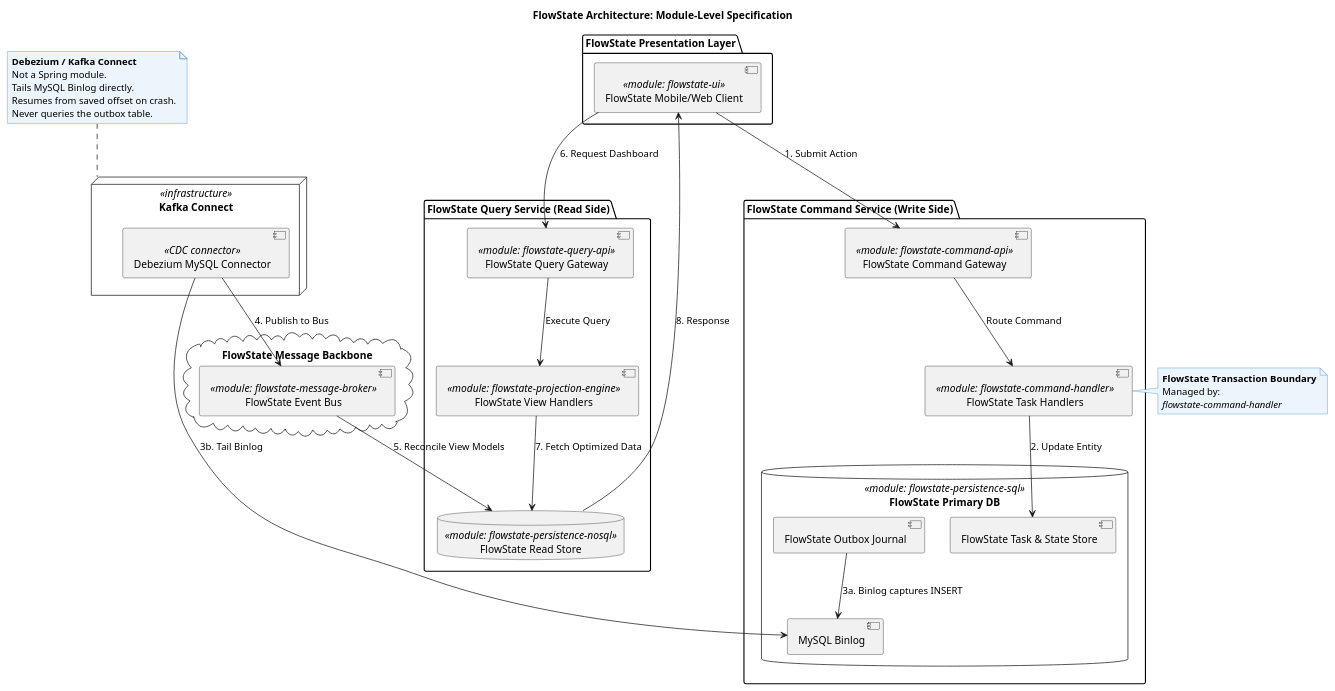
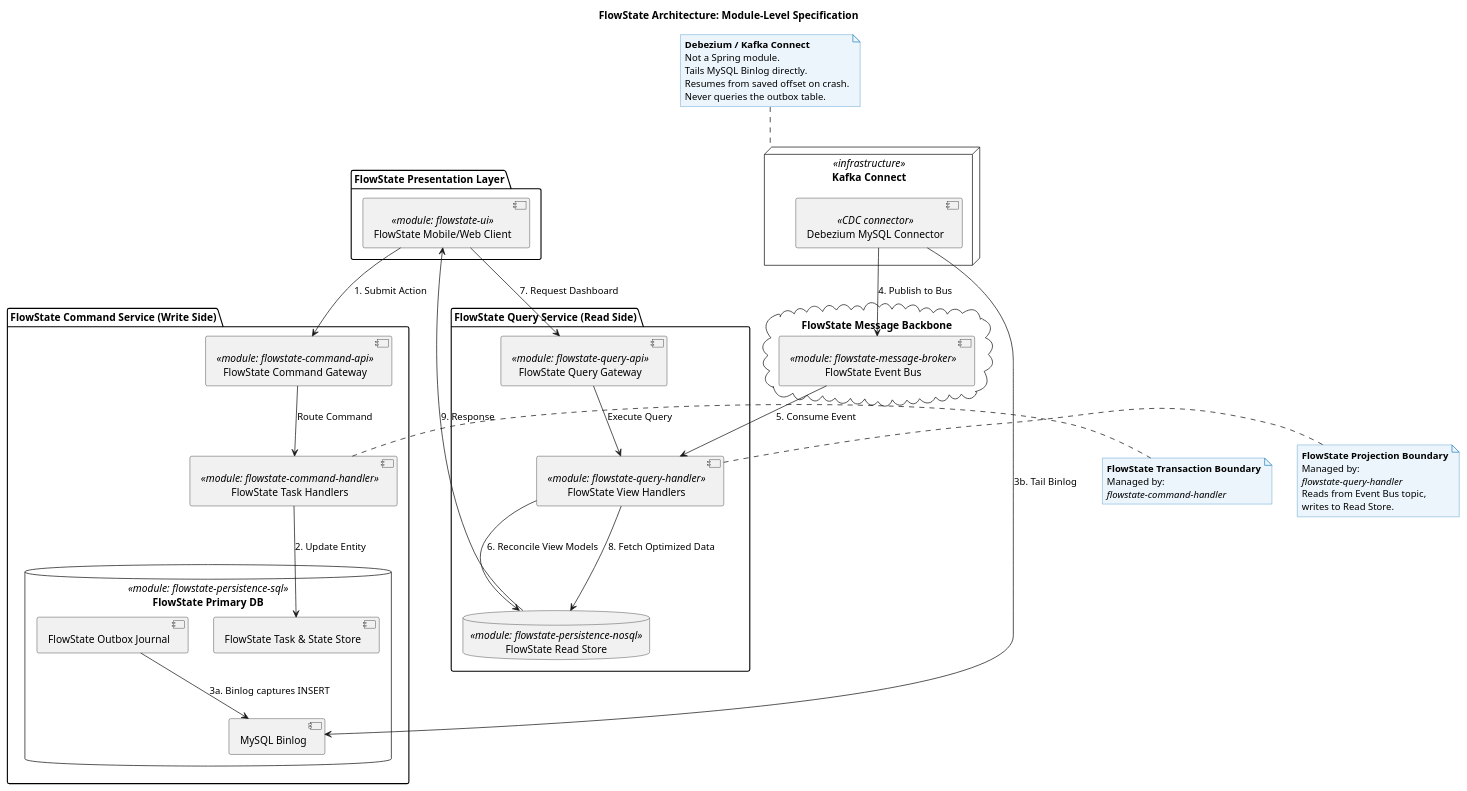
One commit to drodriguezlopez/flowstate changed the diagram in doc/technical/diagrams/arquitectura-cdc.puml. Above: the diagram before and after it, drawn with PlantUML.

Commit message:
Update FlowState architecture diagram to reflect query handler changes and adjust event flow

```diff
--- a/doc/technical/diagrams/arquitectura-cdc.puml
+++ b/doc/technical/diagrams/arquitectura-cdc.puml
@@ -1,72 +1,81 @@
 @startuml
 skinparam componentStyle uml2
 skinparam backgroundColor #FFFFFF
 skinparam NoteBackgroundColor #EBF5FB
 skinparam NoteBorderColor #2E86C1
 
 title FlowState Architecture: Module-Level Specification
 
 package "FlowState Presentation Layer" {
   [FlowState Mobile/Web Client] <<module: flowstate-ui>> as client
 }
 
 package "FlowState Command Service (Write Side)" {
   [FlowState Command Gateway] <<module: flowstate-command-api>> as cmdGateway
   [FlowState Task Handlers] <<module: flowstate-command-handler>> as cmdHandlers
 
   database "FlowState Primary DB" <<module: flowstate-persistence-sql>> as writeDB {
     [FlowState Task & State Store] as states
     [FlowState Outbox Journal] as outbox
     [MySQL Binlog] as binlog
   }
 }
 
 package "FlowState Query Service (Read Side)" {
   [FlowState Query Gateway] <<module: flowstate-query-api>> as queryGateway
-  [FlowState View Handlers] <<module: flowstate-projection-engine>> as queryHandlers
+  [FlowState View Handlers] <<module: flowstate-query-handler>> as queryHandlers
   database "FlowState Read Store" <<module: flowstate-persistence-nosql>> as readDB
 }
 
 cloud "FlowState Message Backbone" {
   [FlowState Event Bus] <<module: flowstate-message-broker>> as eventBus
 }
 
 node "Kafka Connect" <<infrastructure>> {
   [Debezium MySQL Connector] <<CDC connector>> as debezium
 }
 
 ' --- FlowState Write Pipeline ---
 client --> cmdGateway : 1. Submit Action
 cmdGateway --> cmdHandlers : Route Command
 
 note right of cmdHandlers
   **FlowState Transaction Boundary**
   Managed by:
   //flowstate-command-handler//
 end note
 
 cmdHandlers --> states : 2. Update Entity
 
 ' --- FlowState Relay Mechanism (Log-based CDC) ---
 outbox --> binlog : 3a. Binlog captures INSERT
 debezium --> binlog : 3b. Tail Binlog
 
 note top of "Kafka Connect"
   **Debezium / Kafka Connect**
   Not a Spring module.
   Tails MySQL Binlog directly.
   Resumes from saved offset on crash.
   Never queries the outbox table.
 end note
 
 debezium --> eventBus : 4. Publish to Bus
 
 ' --- FlowState Synchronization ---
-eventBus --> readDB : 5. Reconcile View Models
+eventBus --> queryHandlers : 5. Consume Event
+queryHandlers --> readDB : 6. Reconcile View Models
+
+note right of queryHandlers
+  **FlowState Projection Boundary**
+  Managed by:
+  //flowstate-query-handler//
+  Reads from Event Bus topic,
+  writes to Read Store.
+end note
 
 ' --- FlowState Read Pipeline ---
-client --> queryGateway : 6. Request Dashboard
+client --> queryGateway : 7. Request Dashboard
 queryGateway --> queryHandlers : Execute Query
-queryHandlers --> readDB : 7. Fetch Optimized Data
-readDB --> client : 8. Response
+queryHandlers --> readDB : 8. Fetch Optimized Data
+readDB --> client : 9. Response
 @enduml
```
